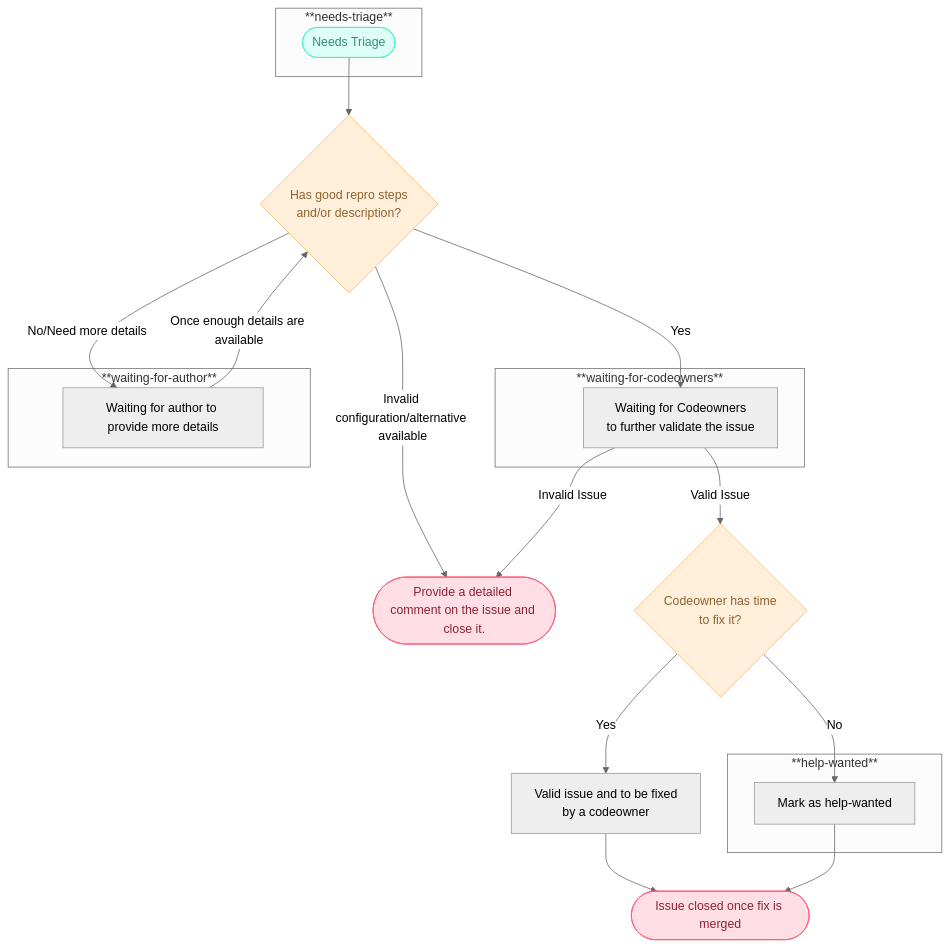
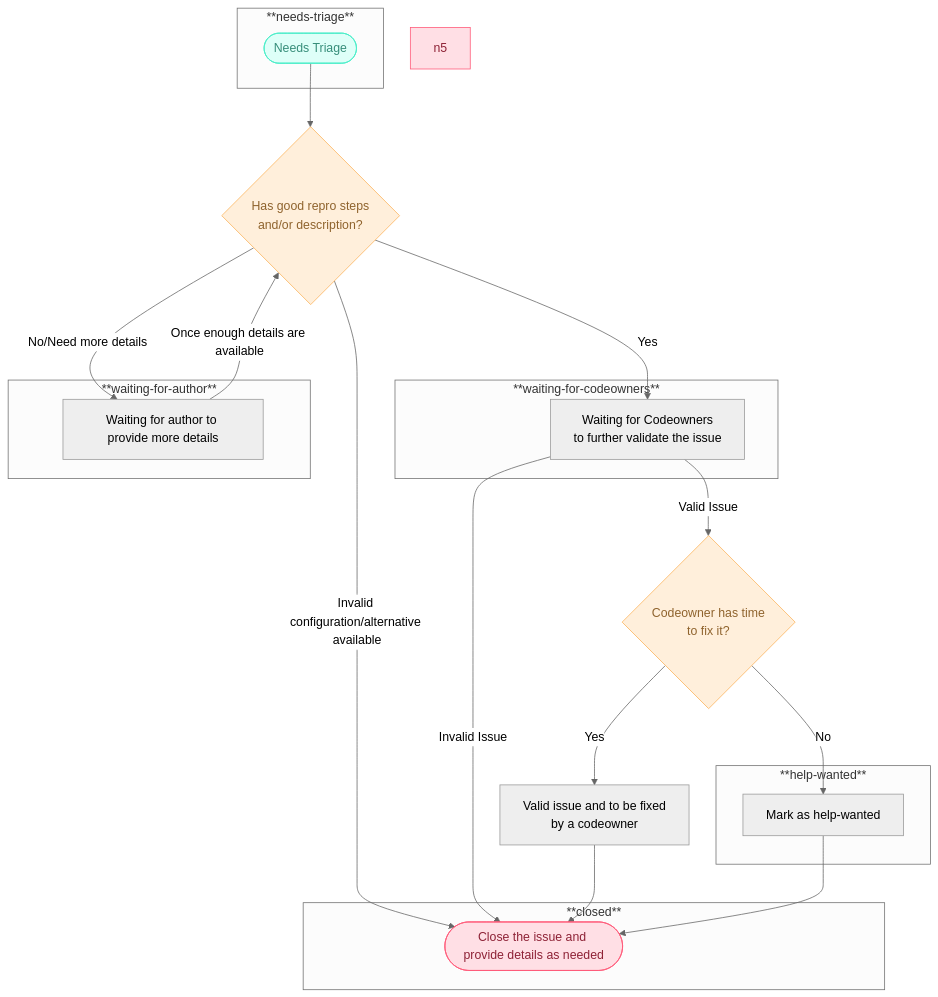
Before and after one commit to open-telemetry/opentelemetry-collector-contrib: the diagram in issue-triaging.md, drawn with Mermaid (neutral theme).

Commit message:
chore: add subgraph

````diff
--- a/issue-triaging.md
+++ b/issue-triaging.md
@@ -79,45 +79,48 @@
 ```mermaid
 flowchart TD
- subgraph graph1["**needs-triage**"]
+  subgraph graph1["**needs-triage**"]
         n1(["Needs Triage"])
   end
- subgraph graph2["**waiting-for-codeowners**"]
+  subgraph graph2["**waiting-for-codeowners**"]
         n3["Waiting for Codeowners<br>to further validate the issue"]
   end
- subgraph graph3["**waiting-for-author**"]
+  subgraph graph3["**waiting-for-author**"]
         n4["Waiting for author to provide more details"]
   end
- subgraph graph4["**help-wanted**"]
+  subgraph graph4["**help-wanted**"]
         n8["Mark as help-wanted"]
+  end
+  subgraph graph5["**closed**"]
+        n9(["Close the issue and provide details as needed"])
   end
     n1 --> n2["Has good repro steps <br>and/or description?"]
     n2 -- Yes --> n3
     n2 -- No/Need more details --> n4
-    n2 -- Invalid configuration/alternative available --> n5(["Provide a detailed comment on the issue and close it."])
-    n3 -- Invalid Issue --> n5
+    n2 -- Invalid configuration/alternative available --> n9
+    n3 -- Invalid Issue --> n9
     n3 -- Valid Issue -->  n6["Codeowner has time<br>to fix it?"]
     n6 -- Yes --> n7["Valid issue and to be fixed <br>by a codeowner"]
     n6 -- No --> n8
-    n7 --> n9(["Issue closed once fix is merged"])
+    n7 --> n9
     n8 --> n9
     n4 -- Once enough details are available --> n2
 
     n3@{ shape: rect}
     n4@{ shape: rect}
     n2@{ shape: diam}
     n6@{ shape: diam}
      n1:::Aqua
      n3:::Ash
      n4:::Ash
      n8:::Ash
      n2:::Ash
      n2:::Peach
      n5:::Rose
      n6:::Peach
      n7:::Ash
      n9:::Rose
     classDef Rose stroke-width:1px, stroke-dasharray:none, stroke:#FF5978, fill:#FFDFE5, color:#8E2236
     classDef Aqua stroke-width:1px, stroke-dasharray:none, stroke:#46EDC8, fill:#DEFFF8, color:#378E7A
     classDef Peach stroke-width:1px, stroke-dasharray:none, stroke:#FBB35A, fill:#FFEFDB, color:#8F632D
     classDef Ash stroke-width:1px, stroke-dasharray:none, stroke:#999999, fill:#EEEEEE, color:#000000
 ```
````
